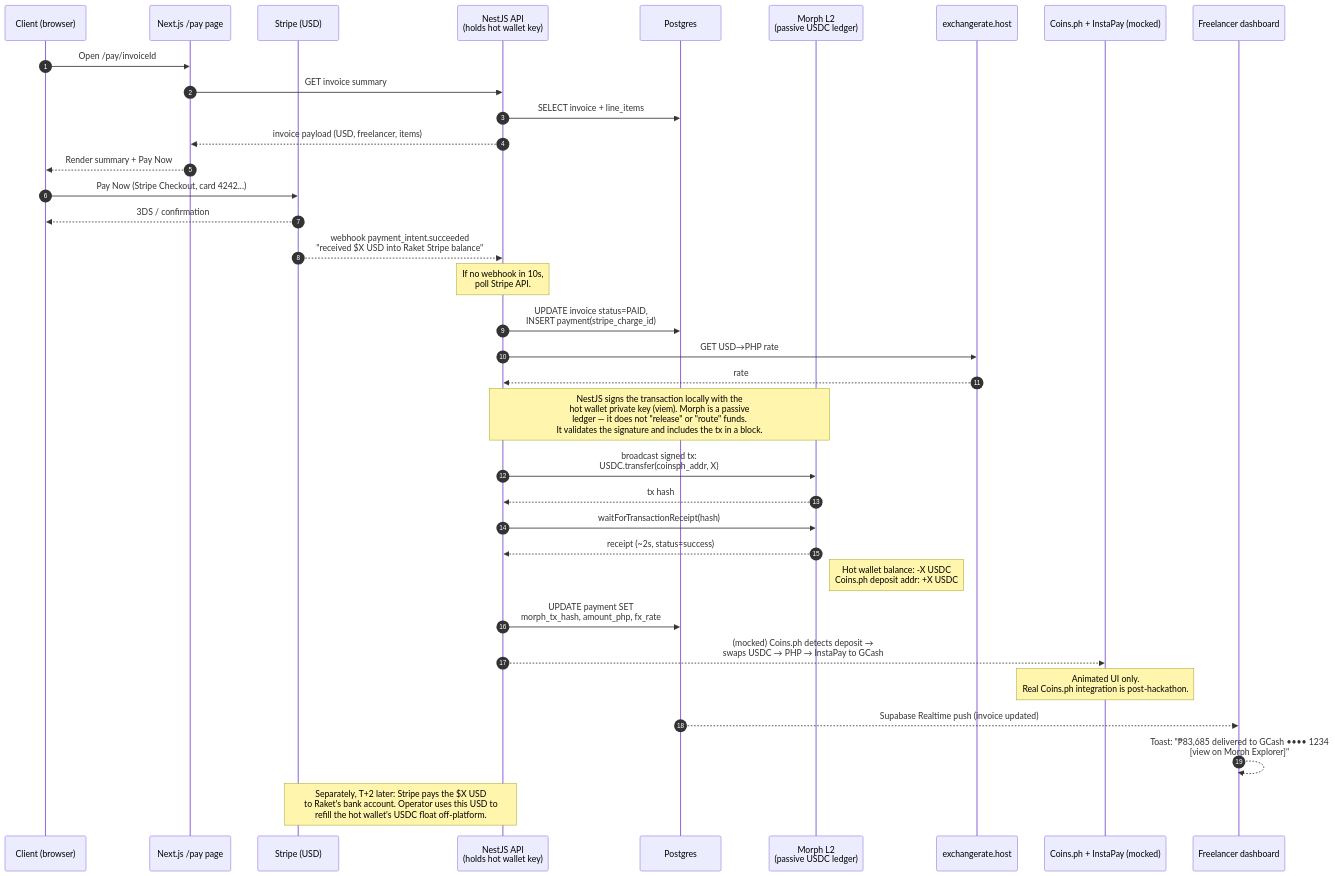
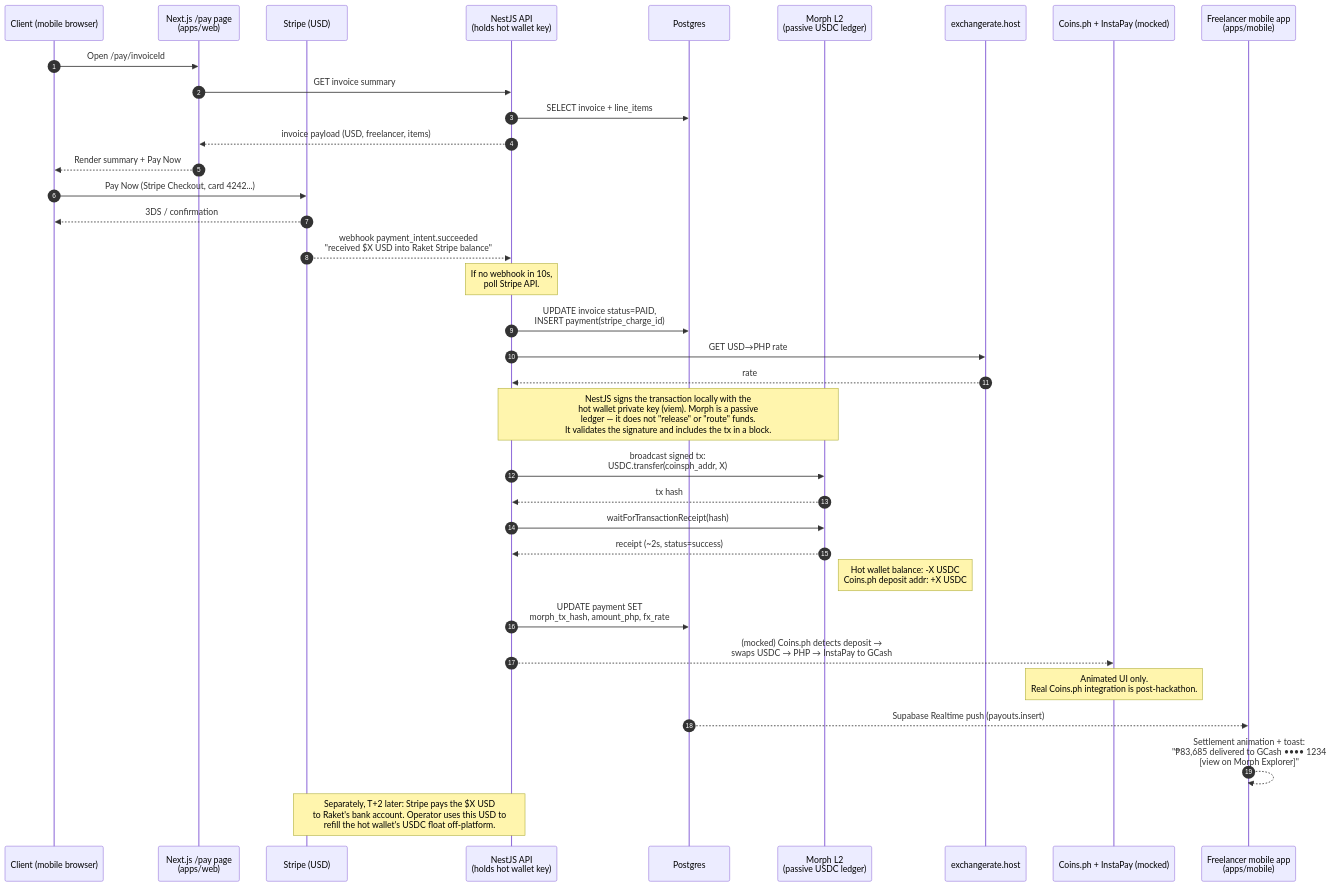
Before and after one commit to LodiAniez/teampagadian-hackathon: the fourth of 7 diagrams in docs/architecture.md, drawn with Mermaid. The commit also changed other lines of this file, not shown here.

First line of the commit message:
docs(architecture): reflect mobile pivot (freelancer = Expo, web = /pay only)

````diff
--- a/docs/architecture.md
+++ b/docs/architecture.md
@@ -192,45 +200,45 @@
 ```mermaid
 sequenceDiagram
     autonumber
-    participant C as Client (browser)
-    participant W as Next.js /pay page
+    participant C as Client (mobile browser)
+    participant W as Next.js /pay page<br/>(apps/web)
     participant S as Stripe (USD)
     participant A as NestJS API<br/>(holds hot wallet key)
     participant DB as Postgres
     participant M as Morph L2<br/>(passive USDC ledger)
     participant FX as exchangerate.host
     participant CP as Coins.ph + InstaPay (mocked)
-    participant F as Freelancer dashboard
+    participant F as Freelancer mobile app<br/>(apps/mobile)
 
     C->>W: Open /pay/invoiceId
     W->>A: GET invoice summary
     A->>DB: SELECT invoice + line_items
     A-->>W: invoice payload (USD, freelancer, items)
     W-->>C: Render summary + Pay Now
 
     C->>S: Pay Now (Stripe Checkout, card 4242...)
     S-->>C: 3DS / confirmation
     S-->>A: webhook payment_intent.succeeded<br/>"received $X USD into Raket Stripe balance"
 
     Note over A: If no webhook in 10s,<br/>poll Stripe API.
     A->>DB: UPDATE invoice status=PAID,<br/>INSERT payment(stripe_charge_id)
 
     A->>FX: GET USD→PHP rate
     FX-->>A: rate
 
     Note over A,M: NestJS signs the transaction locally with the<br/>hot wallet private key (viem). Morph is a passive<br/>ledger — it does not "release" or "route" funds.<br/>It validates the signature and includes the tx in a block.
     A->>M: broadcast signed tx:<br/>USDC.transfer(coinsph_addr, X)
     M-->>A: tx hash
     A->>M: waitForTransactionReceipt(hash)
     M-->>A: receipt (~2s, status=success)
     Note right of M: Hot wallet balance: -X USDC<br/>Coins.ph deposit addr:  +X USDC
     A->>DB: UPDATE payment SET<br/>morph_tx_hash, amount_php, fx_rate
 
     A-->>CP: (mocked) Coins.ph detects deposit →<br/>swaps USDC → PHP → InstaPay to GCash
     Note over CP: Animated UI only.<br/>Real Coins.ph integration is post-hackathon.
 
-    DB-->>F: Supabase Realtime push (invoice updated)
-    F-->>F: Toast: "₱83,685 delivered to GCash •••• 1234<br/>[view on Morph Explorer]"
+    DB-->>F: Supabase Realtime push (payouts.insert)
+    F-->>F: Settlement animation + toast:<br/>"₱83,685 delivered to GCash •••• 1234<br/>[view on Morph Explorer]"
 
     Note over S,A: Separately, T+2 later: Stripe pays the $X USD<br/>to Raket's bank account. Operator uses this USD to<br/>refill the hot wallet's USDC float off-platform.
 ```
````
